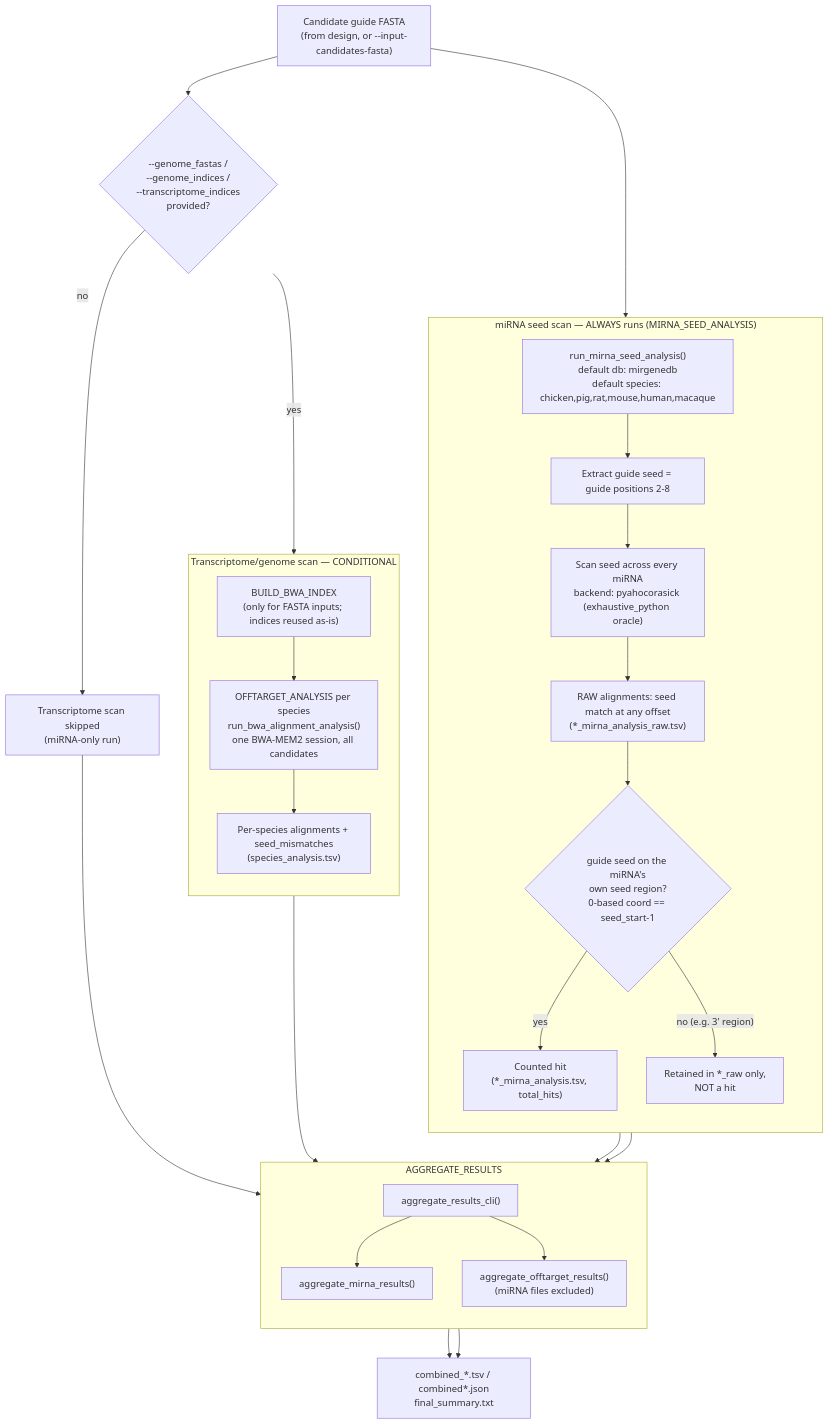
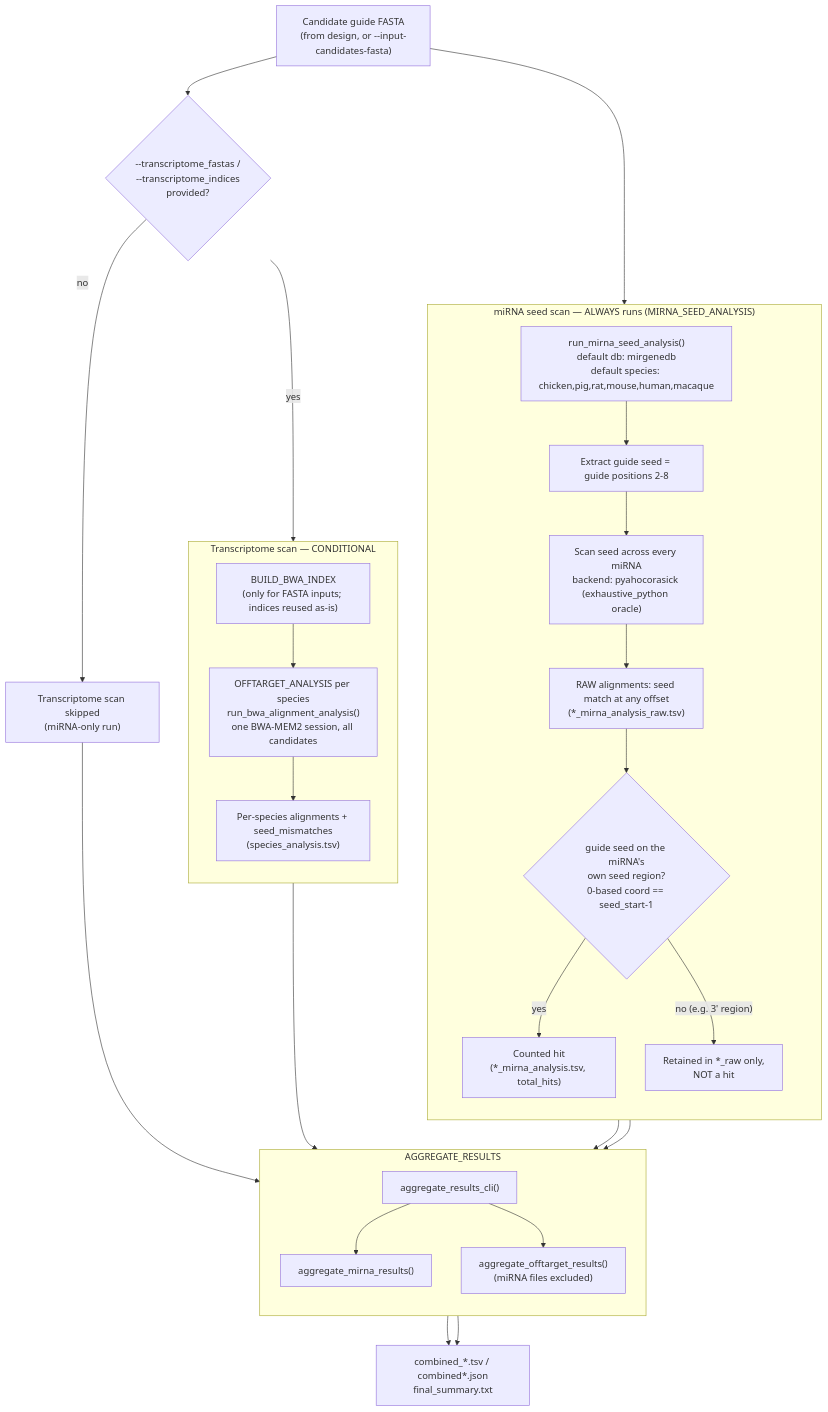
Before and after one commit to Austin-s-h/sirnaforge: the diagram in docs/workflows.md, drawn with Mermaid. The commit also changed other lines of this file and 6 other files, not shown here.

````diff
--- a/docs/workflows.md
+++ b/docs/workflows.md
@@ -154,44 +155,44 @@
 ```{mermaid}
 flowchart TD
     IN["Candidate guide FASTA<br/>(from design, or --input-candidates-fasta)"]
 
     IN --> MIR
     IN --> GATE
 
     subgraph MIRNA["miRNA seed scan — ALWAYS runs (MIRNA_SEED_ANALYSIS)"]
         direction TB
         MIR["run_mirna_seed_analysis()<br/>default db: mirgenedb<br/>default species: chicken,pig,rat,mouse,human,macaque"]
         MIR --> SEED["Extract guide seed = guide positions 2-8"]
         SEED --> SCAN["Scan seed across every miRNA<br/>backend: pyahocorasick (exhaustive_python oracle)"]
         SCAN --> RAW["RAW alignments: seed match at any offset<br/>(*_mirna_analysis_raw.tsv)"]
         RAW --> FILT{"guide seed on the miRNA's<br/>own seed region?<br/>0-based coord == seed_start-1"}
         FILT -->|yes| HIT["Counted hit<br/>(*_mirna_analysis.tsv, total_hits)"]
         FILT -->|"no (e.g. 3' region)"| RAWONLY["Retained in *_raw only,<br/>NOT a hit"]
     end
 
-    GATE{"--genome_fastas /<br/>--genome_indices /<br/>--transcriptome_indices<br/>provided?"}
+    GATE{"--transcriptome_fastas /<br/>--transcriptome_indices<br/>provided?"}
     GATE -->|no| SKIP["Transcriptome scan skipped<br/>(miRNA-only run)"]
-    GATE -->|yes| GENOME
+    GATE -->|yes| TXSCAN
 
-    subgraph GENOME["Transcriptome/genome scan — CONDITIONAL"]
+    subgraph TXSCAN["Transcriptome scan — CONDITIONAL"]
         direction TB
         BIDX["BUILD_BWA_INDEX<br/>(only for FASTA inputs; indices reused as-is)"]
         BIDX --> OT["OFFTARGET_ANALYSIS per species<br/>run_bwa_alignment_analysis()<br/>one BWA-MEM2 session, all candidates"]
         OT --> GHITS["Per-species alignments + seed_mismatches<br/>(species_analysis.tsv)"]
     end
 
     HIT --> AGG
     RAWONLY --> AGG
     GHITS --> AGG
     SKIP --> AGG
 
     subgraph AGGREGATE["AGGREGATE_RESULTS"]
         direction TB
         AGG["aggregate_results_cli()"]
         AGG --> AMIR["aggregate_mirna_results()"]
         AGG --> AGEN["aggregate_offtarget_results()<br/>(miRNA files excluded)"]
     end
 
     AMIR --> OUT["combined_*.tsv / combined*.json<br/>final_summary.txt"]
     AGEN --> OUT
 ```
````
